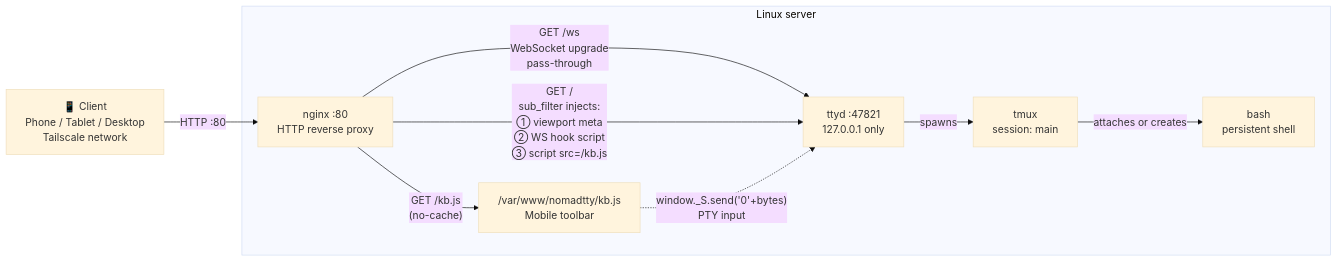
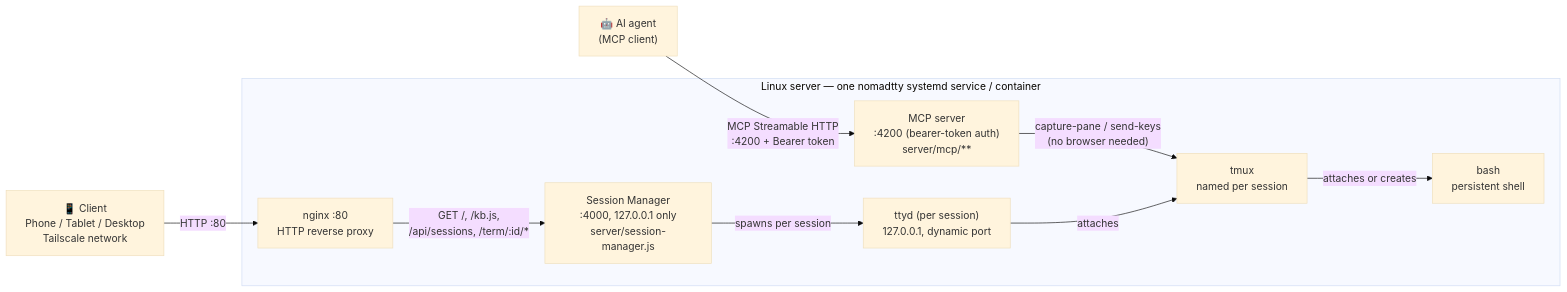
Before and after one commit to shifulegend/nomadtty: the diagram in README.md, drawn with Mermaid (base theme). The commit also changed other lines of this file and 10 other files, not shown here.

````diff
--- a/README.md
+++ b/README.md
@@ -207,20 +249,22 @@
 ```mermaid
 graph LR
     Client["📱 Client\nPhone / Tablet / Desktop\nTailscale network"]
+    Agent["🤖 AI agent\n(MCP client)"]
 
-    subgraph server ["Linux server"]
+    subgraph server ["Linux server — one nomadtty systemd service / container"]
         Nginx["nginx :80\nHTTP reverse proxy"]
-        KbJs["/var/www/nomadtty/kb.js\nMobile toolbar"]
-        TTYD["ttyd :47821\n127.0.0.1 only"]
-        TMUX["tmux\nsession: main"]
+        SM["Session Manager\n:4000, 127.0.0.1 only\nserver/session-manager.js"]
+        MCP["MCP server\n:4200 (bearer-token auth)\nserver/mcp/**"]
+        TTYD["ttyd (per session)\n127.0.0.1, dynamic port"]
+        TMUX["tmux\nnamed per session"]
         Bash["bash\npersistent shell"]
     end
 
     Client -- "HTTP :80" --> Nginx
-    Nginx -- "GET /kb.js\n(no-cache)" --> KbJs
-    Nginx -- "GET /ws\nWebSocket upgrade\npass-through" --> TTYD
-    Nginx -- "GET /\nsub_filter injects:\n① viewport meta\n② WS hook script\n③ script src=/kb.js" --> TTYD
-    TTYD -- "spawns" --> TMUX
+    Nginx -- "GET /, /kb.js,\n/api/sessions, /term/:id/*" --> SM
+    Agent -- "MCP Streamable HTTP\n:4200 + Bearer token" --> MCP
+    SM -- "spawns per session" --> TTYD
+    MCP -- "capture-pane / send-keys\n(no browser needed)" --> TMUX
+    TTYD -- "attaches" --> TMUX
     TMUX -- "attaches or creates" --> Bash
-    KbJs -. "window._S.send('0'+bytes)\nPTY input" .-> TTYD
 ```
````
